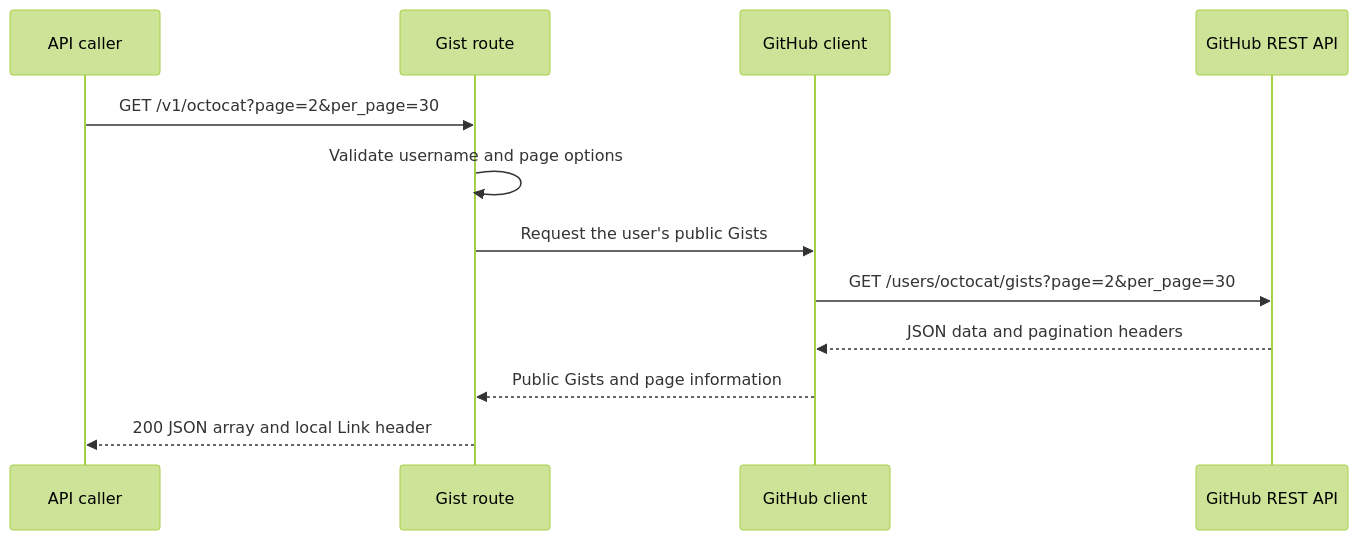
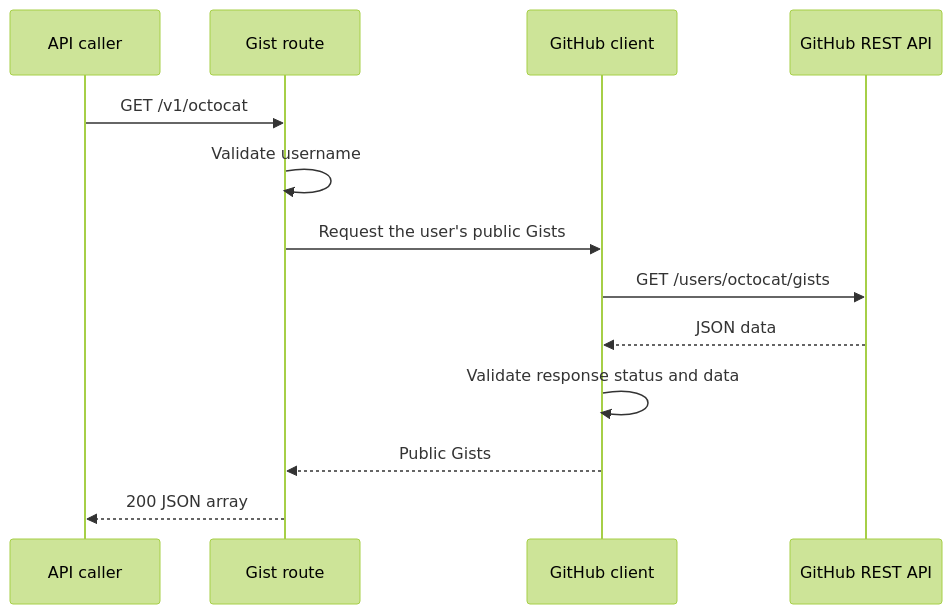
One commit to dvadgama/example_gists_api changed the second of 2 diagrams in docs/design.md. Above: the diagram before and after it, drawn with Mermaid (forest theme). The commit also changed other lines of this file and 3 other files, not shown here.

````diff
--- a/docs/design.md
+++ b/docs/design.md
@@ -135,15 +63,16 @@
 ```mermaid
 sequenceDiagram
     participant Caller as API caller
     participant Route as Gist route
     participant Client as GitHub client
     participant GitHub as GitHub REST API
 
-    Caller->>Route: GET /v1/octocat?page=2&per_page=30
-    Route->>Route: Validate username and page options
+    Caller->>Route: GET /v1/octocat
+    Route->>Route: Validate username
     Route->>Client: Request the user's public Gists
-    Client->>GitHub: GET /users/octocat/gists?page=2&per_page=30
-    GitHub-->>Client: JSON data and pagination headers
-    Client-->>Route: Public Gists and page information
-    Route-->>Caller: 200 JSON array and local Link header
+    Client->>GitHub: GET /users/octocat/gists
+    GitHub-->>Client: JSON data
+    Client->>Client: Validate response status and data
+    Client-->>Route: Public Gists
+    Route-->>Caller: 200 JSON array
 ```
````
